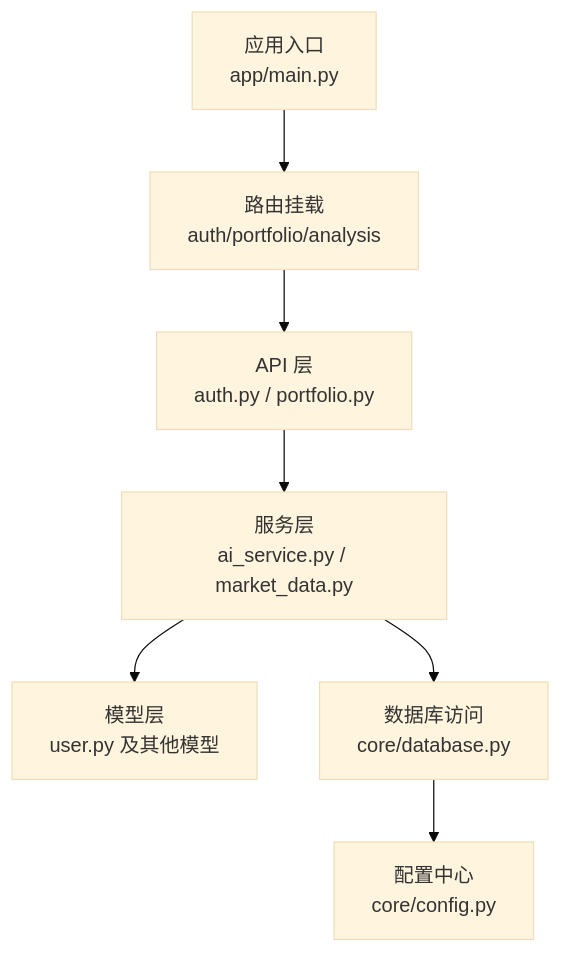
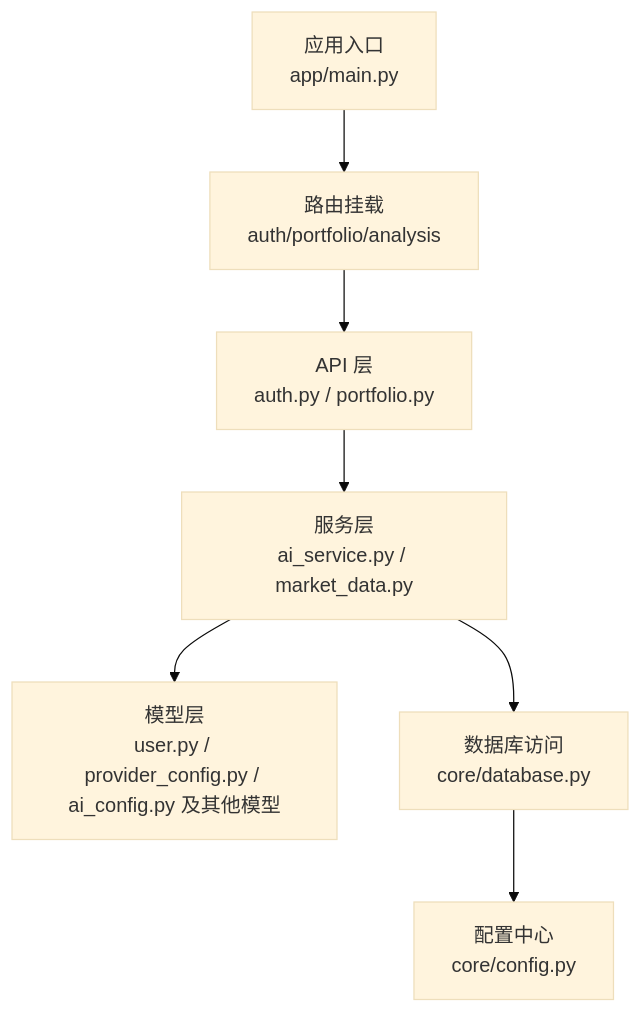
One commit to breeze-lyf/ai-stock-advisor changed the first of 8 diagrams in .qoder/repowiki/zh/content/测试策略/测试策略.md. Above: the diagram before and after it, drawn with Mermaid (base theme). The commit also changed other lines of this file and 43 other files, not shown here.

````diff
--- a/.qoder/repowiki/zh/content/测试策略/测试策略.md
+++ b/.qoder/repowiki/zh/content/测试策略/测试策略.md
@@ -44,9 +57,9 @@
 ```mermaid
 graph TB
 A["应用入口<br/>app/main.py"] --> B["路由挂载<br/>auth/portfolio/analysis"]
 B --> C["API 层<br/>auth.py / portfolio.py"]
 C --> D["服务层<br/>ai_service.py / market_data.py"]
-D --> E["模型层<br/>user.py 及其他模型"]
+D --> E["模型层<br/>user.py / provider_config.py / ai_config.py 及其他模型"]
 D --> F["数据库访问<br/>core/database.py"]
 F --> G["配置中心<br/>core/config.py"]
 ```
````
